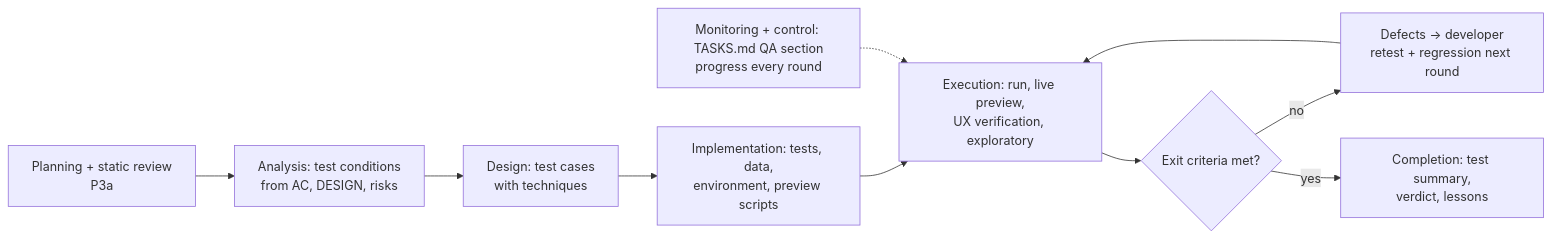
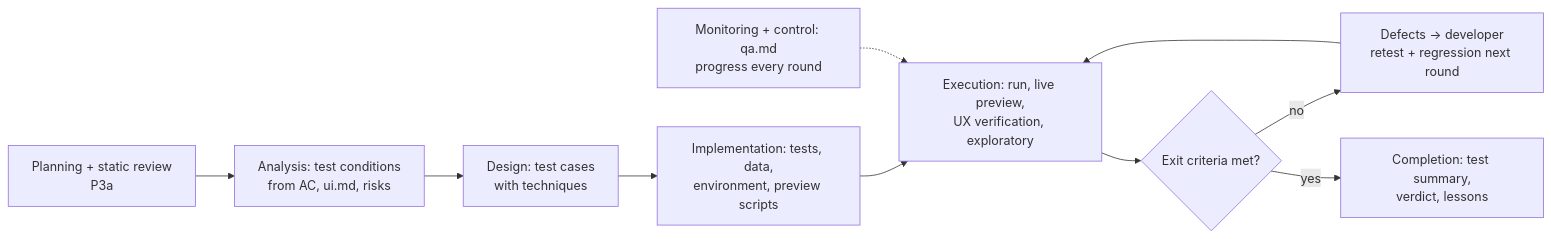
One commit to Tuan-Quyen/technical-teams changed the diagram in skills/test-process/references/process.md. Above: the diagram before and after it, drawn with Mermaid. The commit also changed other lines of this file and 65 other files, not shown here.

````diff
--- a/skills/test-process/references/process.md
+++ b/skills/test-process/references/process.md
@@ -18,12 +18,12 @@
 ```mermaid
 flowchart LR
-  P[Planning + static review\nP3a] --> A[Analysis: test conditions\nfrom AC, DESIGN, risks]
+  P[Planning + static review\nP3a] --> A[Analysis: test conditions\nfrom AC, ui.md, risks]
   A --> D[Design: test cases\nwith techniques]
   D --> I[Implementation: tests, data,\nenvironment, preview scripts]
   I --> E[Execution: run, live preview,\nUX verification, exploratory]
   E --> R{Exit criteria met?}
   R -- no --> DF[Defects → developer\nretest + regression next round]
   DF --> E
   R -- yes --> C[Completion: test summary,\nverdict, lessons]
-  M[Monitoring + control: TASKS.md QA section\nprogress every round] -.-> E
+  M[Monitoring + control: qa.md\nprogress every round] -.-> E
 ```
````
